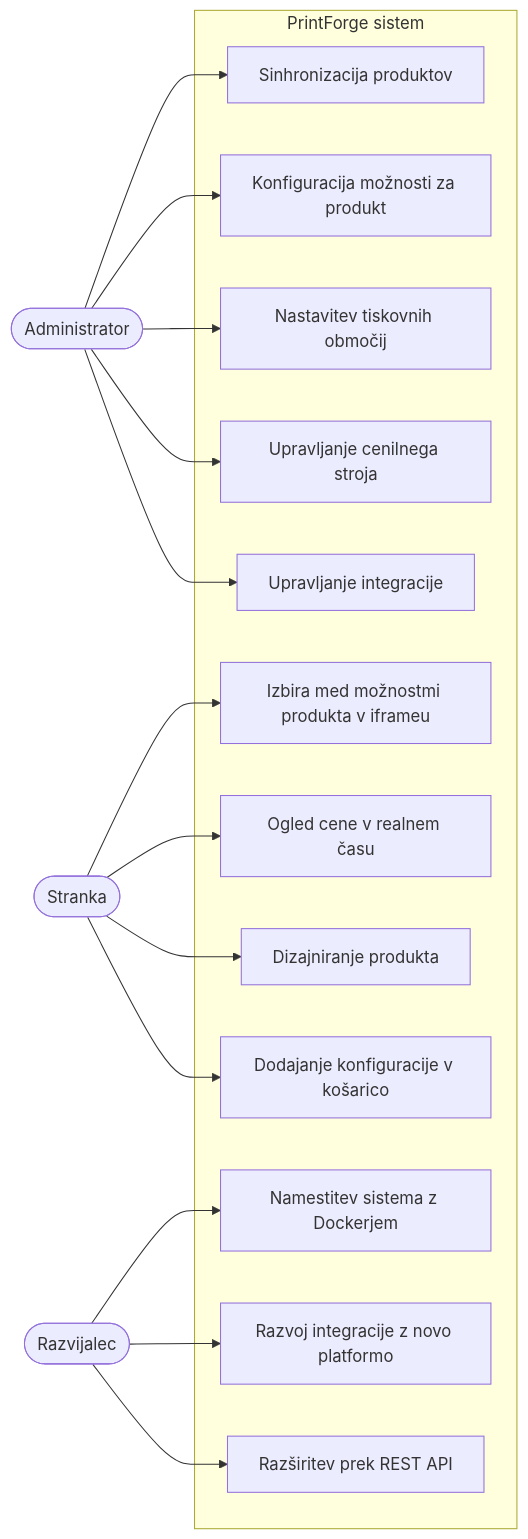
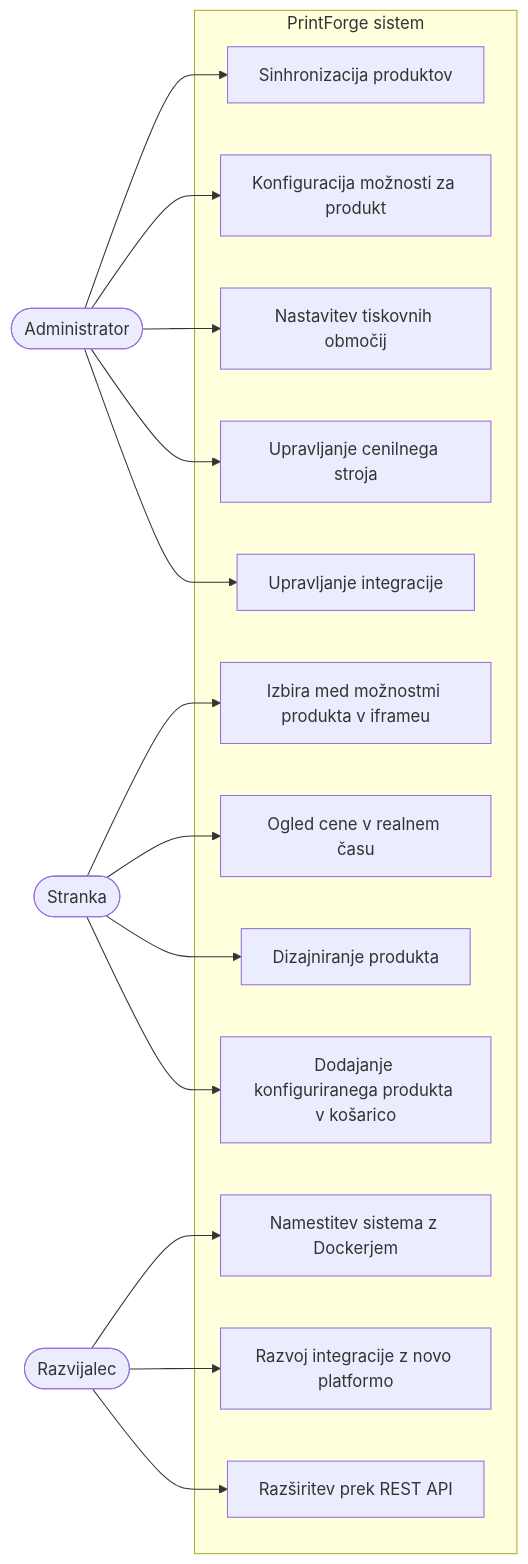
One commit to neoxk/printforge changed the fourth of 20 diagrams in README.md. Above: the diagram before and after it, drawn with Mermaid. The commit also changed other lines of this file and 6 other files, not shown here.

````diff
--- a/README.md
+++ b/README.md
@@ -116,39 +127,39 @@
 ```mermaid
 graph LR
 
     Admin([Administrator])
     Customer([Stranka])
     Dev([Razvijalec])
 
     subgraph PrintForge sistem
         UC1[Sinhronizacija produktov]
         UC2[Konfiguracija možnosti za produkt]
         UC3[Nastavitev tiskovnih območij]
         UC4[Upravljanje cenilnega stroja]
         UC5[Upravljanje integracije]
 
         UC6[Izbira med možnostmi produkta v iframeu]
         UC7[Ogled cene v realnem času]
         UC8[Dizajniranje produkta]
-        UC9[Dodajanje konfiguracije v košarico]
+        UC9[Dodajanje konfiguriranega produkta v košarico]
 
         UC10[Namestitev sistema z Dockerjem]
         UC11[Razvoj integracije z novo platformo]
         UC12[Razširitev prek REST API]
     end
 
     Admin --> UC1
     Admin --> UC2
     Admin --> UC3
     Admin --> UC4
     Admin --> UC5
 
     Customer --> UC6
     Customer --> UC7
     Customer --> UC8
     Customer --> UC9
 
     Dev --> UC10
     Dev --> UC11
     Dev --> UC12
 ```
````
